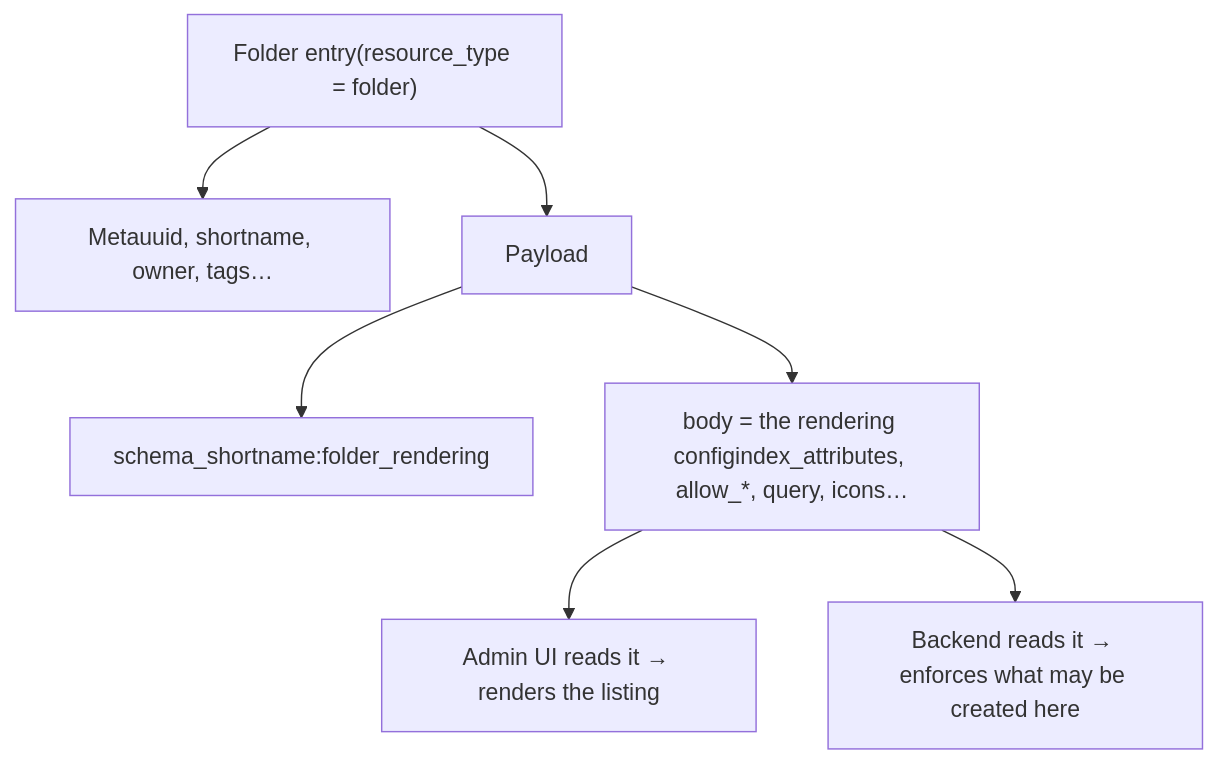
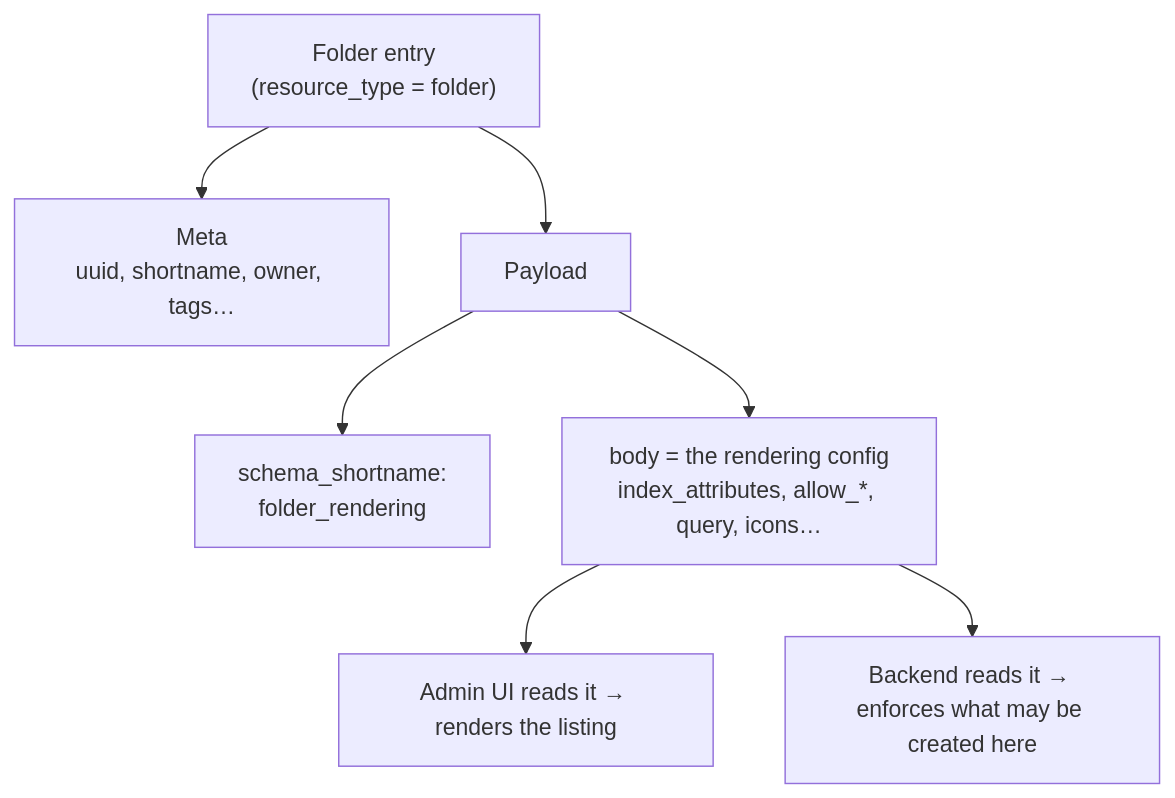
One commit to edraj/csdmart changed the first of 2 diagrams in seed/spaces/website/pages/folders.md. Above: the diagram before and after it, drawn with Mermaid. The commit also changed other lines of this file and 12 other files, not shown here.

First line of the commit message:
fix(website): keep card, diagram and code structure in the converted pages (#358)

````diff
--- a/seed/spaces/website/pages/folders.md
+++ b/seed/spaces/website/pages/folders.md
@@ -9,9 +9,9 @@
 ```mermaid
 graph TD
-    F["Folder entry(resource_type = folder)"] --> M["Metauuid, shortname, owner, tags…"]
+    F["Folder entry<br/>(resource_type = folder)"] --> M["Meta<br/>uuid, shortname, owner, tags…"]
     F --> P["Payload"]
-    P --> SS["schema_shortname:folder_rendering"]
-    P --> B["body = the rendering configindex_attributes, allow_*, query, icons…"]
+    P --> SS["schema_shortname:<br/>folder_rendering"]
+    P --> B["body = the rendering config<br/>index_attributes, allow_*, query, icons…"]
     B --> UI["Admin UI reads it → renders the listing"]
     B --> BE["Backend reads it → enforces what may be created here"]
 ```
````
